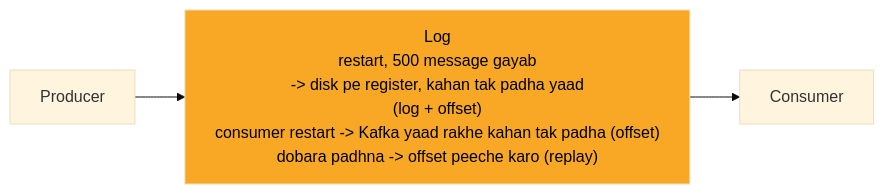
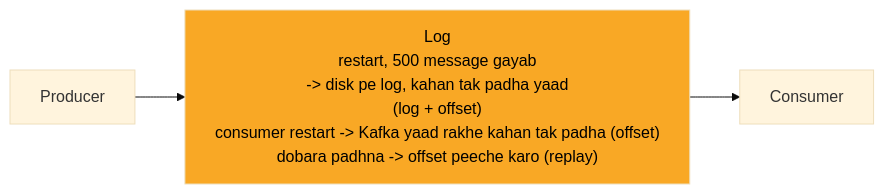
Before and after one commit to ArpanMaheshwari144/Prep: the second of 12 diagrams in 04_HLD/SYSTEM_DESIGNS/12_message_queue_kafka/12_message_queue_kafka.md, drawn with Mermaid (base theme). The commit also changed other lines of this file and 12 other files, not shown here.

````diff
--- a/04_HLD/SYSTEM_DESIGNS/12_message_queue_kafka/12_message_queue_kafka.md
+++ b/04_HLD/SYSTEM_DESIGNS/12_message_queue_kafka/12_message_queue_kafka.md
@@ -92,10 +92,10 @@
 ```mermaid
 %%{init: {"flowchart": {"wrappingWidth": 450}}}%%
 flowchart LR
     n_P["Producer"]
-    n_L["Log<br/>restart, 500 message gayab<br/>-> disk pe register, kahan tak padha yaad<br/>(log + offset)<br/>consumer restart -> Kafka yaad rakhe kahan tak padha (offset)<br/>dobara padhna -> offset peeche karo (replay)"]
+    n_L["Log<br/>restart, 500 message gayab<br/>-> disk pe log, kahan tak padha yaad<br/>(log + offset)<br/>consumer restart -> Kafka yaad rakhe kahan tak padha (offset)<br/>dobara padhna -> offset peeche karo (replay)"]
     n_C["Consumer"]
     n_P --> n_L
     n_L --> n_C
     style n_L fill:#f9a825,color:#000
 ```
````
